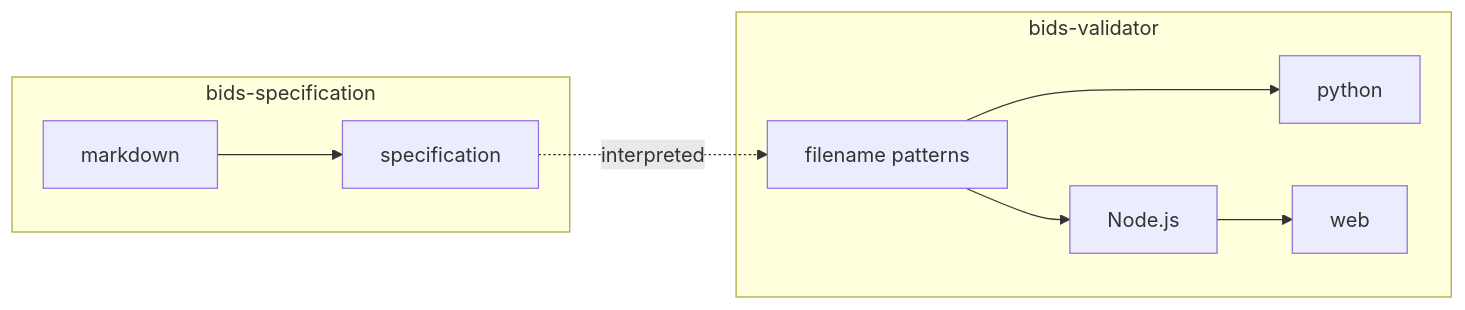
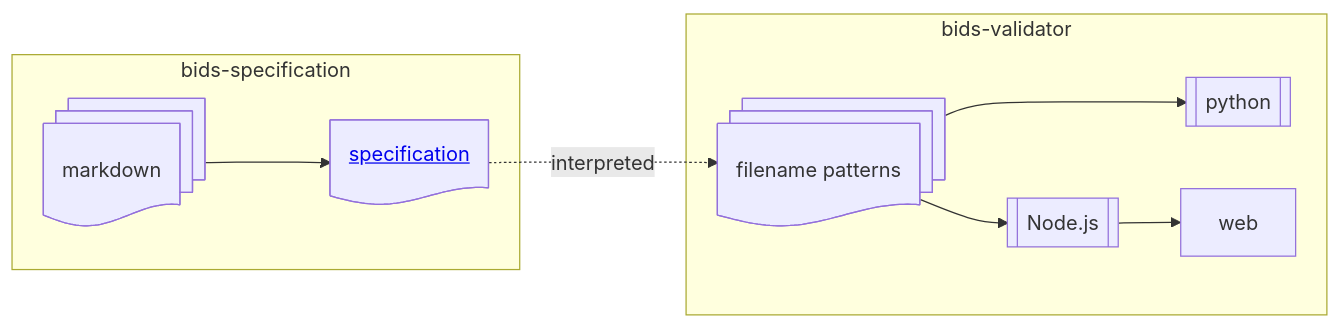
The second of 6 diagrams in docs/blog/posts/bids-validator-2.0.md (bids-standard/bids-website), drawn with Mermaid before and after one commit. The commit also changed other lines of this file, not shown here.

Commit message:
Extend mermaid diagrams in validator blog post with HTML links and shapes (#747)

````diff
--- a/docs/blog/posts/bids-validator-2.0.md
+++ b/docs/blog/posts/bids-validator-2.0.md
@@ -234,13 +239,20 @@
 ```mermaid
 graph LR;
     subgraph bids-specification;
         markdown ---> specification
     end
     subgraph "bids-validator";
         regex["filename patterns"] --> Node.js
         regex["filename patterns"] ---> python
         Node.js --> web
     end
 
     specification -. interpreted .-> regex
+
+    markdown@{ shape: docs }
+    specification@{ label: "<a href='https://bids-specification.readthedocs.io'>specification</a>", shape: doc }
+    regex@{ shape: docs }
+    Node.js@{ shape: subproc }
+    python@{ shape: subproc }
+    web@{ shape: rect }
 ```
````
